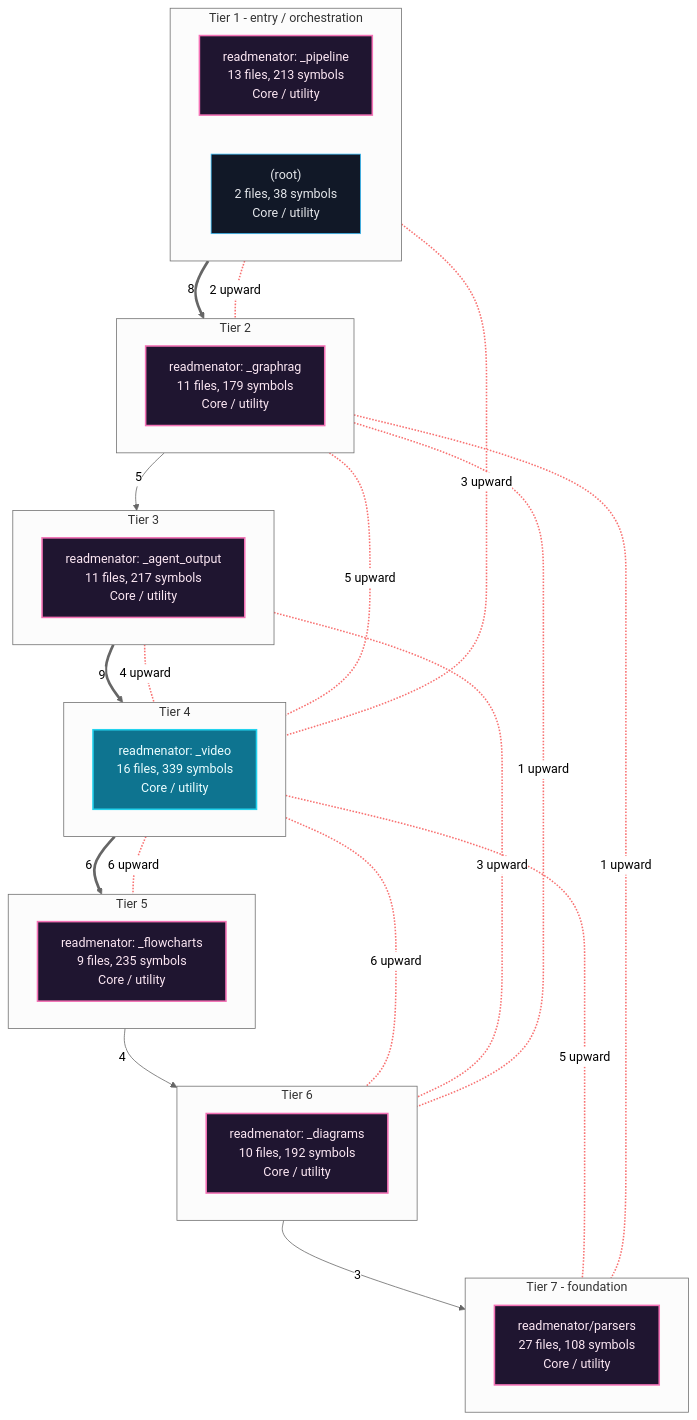
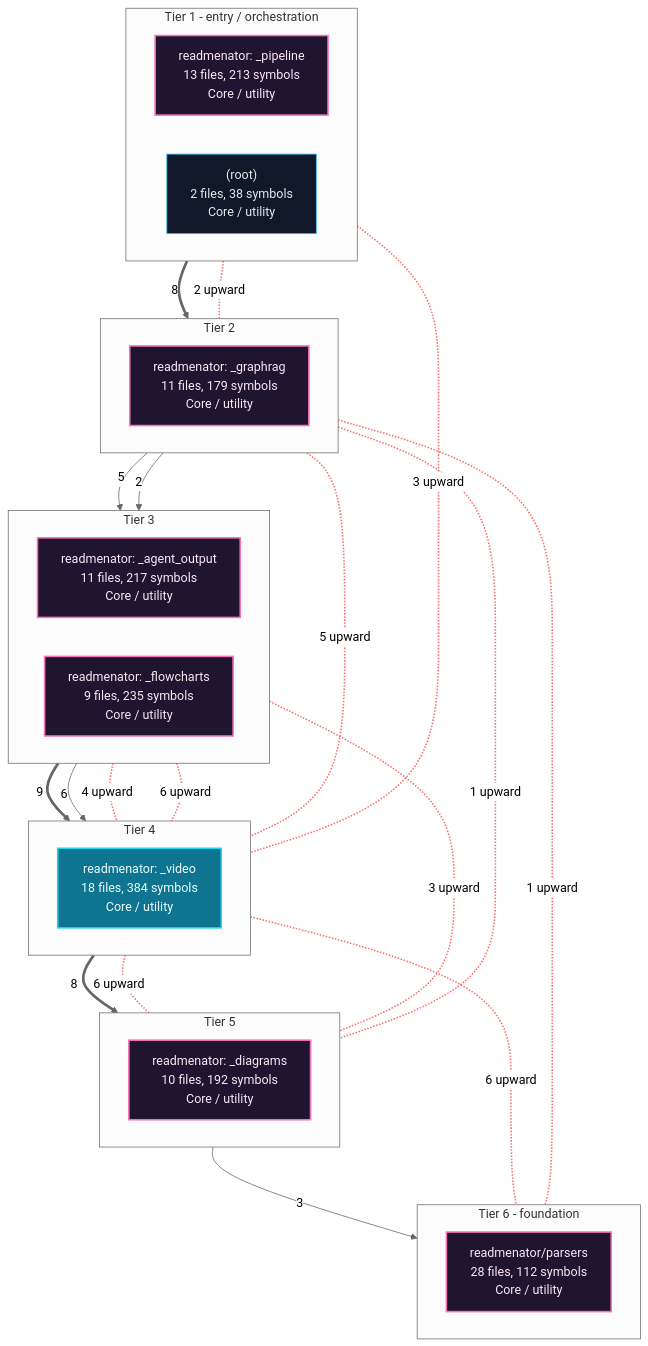
The first of 7 diagrams in readmenator-apidocs/architecture.md (grisuno/ReadMenator), drawn with Mermaid (neutral theme) before and after one commit. The commit also changed other lines of this file and 187 other files, not shown here.

````diff
--- a/readmenator-apidocs/architecture.md
+++ b/readmenator-apidocs/architecture.md
@@ -11,58 +11,55 @@
 ```mermaid
 flowchart TB
     classDef cycle fill:#1f1530,stroke:#f472b6,color:#fce7f3,stroke-width:2px;
     classDef default fill:#111827,stroke:#38bdf8,color:#e5e7eb;
     classDef entry fill:#0e7490,stroke:#22d3ee,color:#ecfeff,stroke-width:2px;
     subgraph lane_0["Tier 1 - entry / orchestration"]
         direction LR
         n_c4["readmenator: _pipeline<br/>13 files, 213 symbols<br/>Core / utility"]:::cycle
         n_d__root_["(root)<br/>2 files, 38 symbols<br/>Core / utility"]:::default
     end
     subgraph lane_1["Tier 2"]
         direction LR
         n_c3["readmenator: _graphrag<br/>11 files, 179 symbols<br/>Core / utility"]:::cycle
     end
     subgraph lane_2["Tier 3"]
         direction LR
         n_c2["readmenator: _agent_output<br/>11 files, 217 symbols<br/>Core / utility"]:::cycle
+        n_c6["readmenator: _flowcharts<br/>9 files, 235 symbols<br/>Core / utility"]:::cycle
     end
     subgraph lane_3["Tier 4"]
         direction LR
-        n_c0["readmenator: _video<br/>16 files, 339 symbols<br/>Core / utility"]:::entry
+        n_c1["readmenator: _video<br/>18 files, 384 symbols<br/>Core / utility"]:::entry
     end
     subgraph lane_4["Tier 5"]
         direction LR
-        n_c6["readmenator: _flowcharts<br/>9 files, 235 symbols<br/>Core / utility"]:::cycle
-    end
-    subgraph lane_5["Tier 6"]
-        direction LR
         n_c5["readmenator: _diagrams<br/>10 files, 192 symbols<br/>Core / utility"]:::cycle
     end
-    subgraph lane_6["Tier 7 - foundation"]
+    subgraph lane_5["Tier 6 - foundation"]
         direction LR
-        n_c1["readmenator/parsers<br/>27 files, 108 symbols<br/>Core / utility"]:::cycle
+        n_c0["readmenator/parsers<br/>28 files, 112 symbols<br/>Core / utility"]:::cycle
     end
-    n_c0 ==>|"6"| n_c6
-    n_c2 ==>|"9"| n_c0
+    n_c1 ==>|"8"| n_c5
+    n_c2 ==>|"9"| n_c1
     n_c3 -->|"5"| n_c2
+    n_c3 -->|"2"| n_c6
     n_c4 ==>|"8"| n_c3
-    n_c5 -->|"3"| n_c1
-    n_c6 -->|"4"| n_c5
-    n_c2 <-.-|"4 upward"| n_c0
-    n_c3 <-.-|"5 upward"| n_c0
-    n_c4 <-.-|"3 upward"| n_c0
-    n_c0 <-.-|"5 upward"| n_c1
-    n_c3 <-.-|"1 upward"| n_c1
+    n_c5 -->|"3"| n_c0
+    n_c6 -->|"6"| n_c1
+    n_c1 <-.-|"6 upward"| n_c0
+    n_c3 <-.-|"1 upward"| n_c0
+    n_c2 <-.-|"4 upward"| n_c1
+    n_c3 <-.-|"5 upward"| n_c1
+    n_c4 <-.-|"3 upward"| n_c1
+    n_c6 <-.-|"6 upward"| n_c1
     n_c4 <-.-|"2 upward"| n_c3
-    n_c0 <-.-|"6 upward"| n_c5
+    n_c1 <-.-|"6 upward"| n_c5
     n_c2 <-.-|"3 upward"| n_c5
     n_c3 <-.-|"1 upward"| n_c5
-    n_c0 <-.-|"6 upward"| n_c6
-    linkStyle 6,7,8,9,10,11,12,13,14,15 stroke:#f87171,stroke-width:2px;
+    linkStyle 7,8,9,10,11,12,13,14,15,16 stroke:#f87171,stroke-width:2px;
     n_c4 ~~~ n_c3
     n_c3 ~~~ n_c2
-    n_c2 ~~~ n_c0
-    n_c0 ~~~ n_c6
-    n_c6 ~~~ n_c5
-    n_c5 ~~~ n_c1
+    n_c2 ~~~ n_c1
+    n_c1 ~~~ n_c5
+    n_c5 ~~~ n_c0
 ```
````
